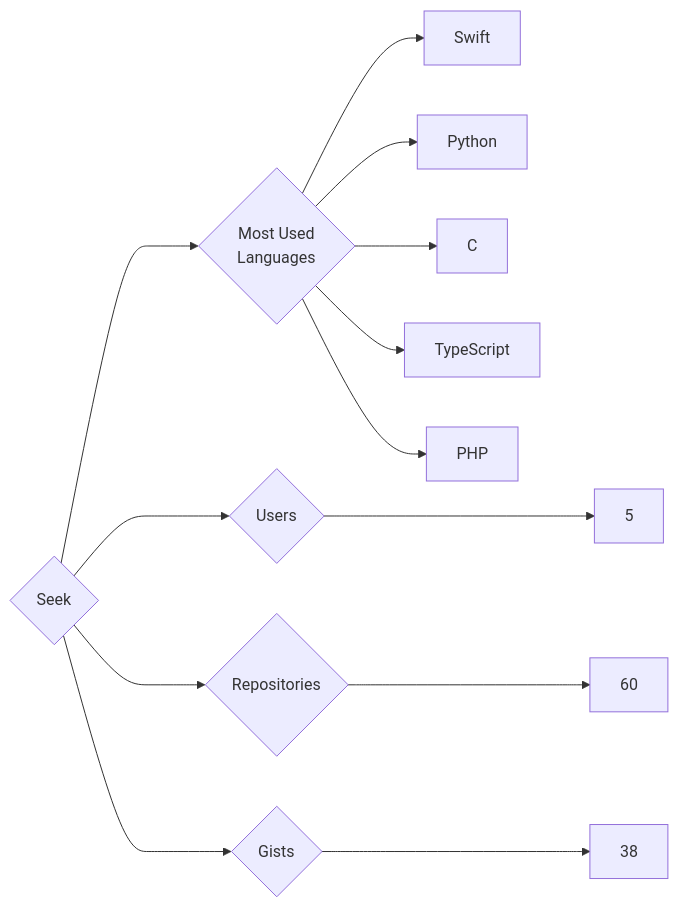
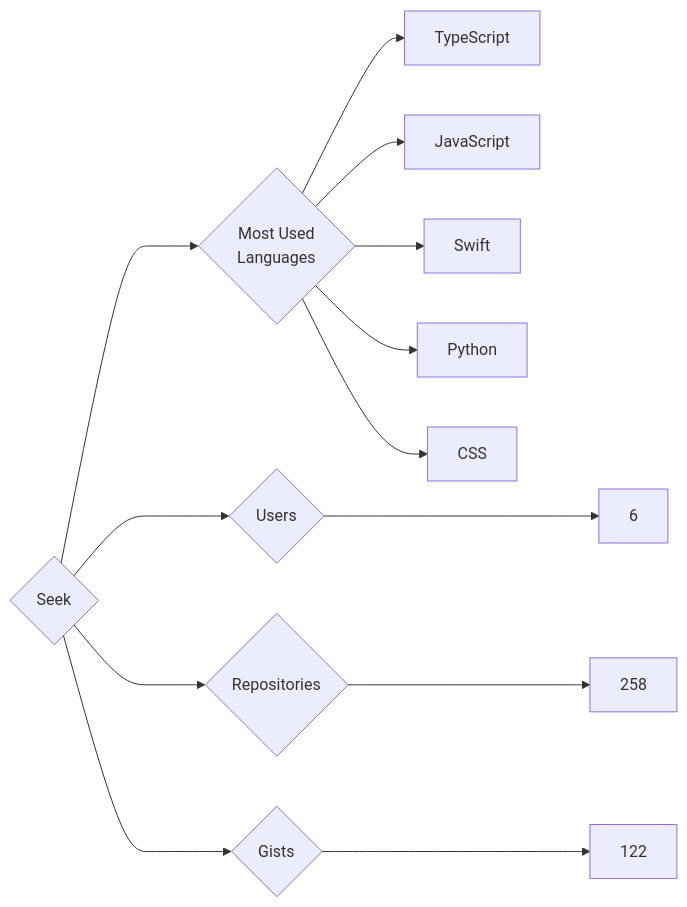
One commit to trickest/insiders changed the diagram in targets/Seek/README.md. Above: the diagram before and after it, drawn with Mermaid. The commit also changed 829 other files, not shown here.

````diff
--- a/targets/Seek/README.md
+++ b/targets/Seek/README.md
@@ -3,13 +3,13 @@
 ```mermaid
 graph LR
 COMPANY_NAME{Seek}
-COMPANY_NAME ---> U{Users} ---> UN[5]
-COMPANY_NAME ---> R{Repositories} ---> RN[60]
-COMPANY_NAME ---> G{Gists} ---> GN[38]
+COMPANY_NAME ---> U{Users} ---> UN[6]
+COMPANY_NAME ---> R{Repositories} ---> RN[258]
+COMPANY_NAME ---> G{Gists} ---> GN[122]
 COMPANY_NAME ---> ML{Most Used<br>Languages}
+ML --> TypeScript[TypeScript]
+ML --> JavaScript[JavaScript]
 ML --> Swift[Swift]
 ML --> Python[Python]
-ML --> C[C]
-ML --> TypeScript[TypeScript]
-ML --> PHP[PHP]
+ML --> CSS[CSS]
 ```
````
